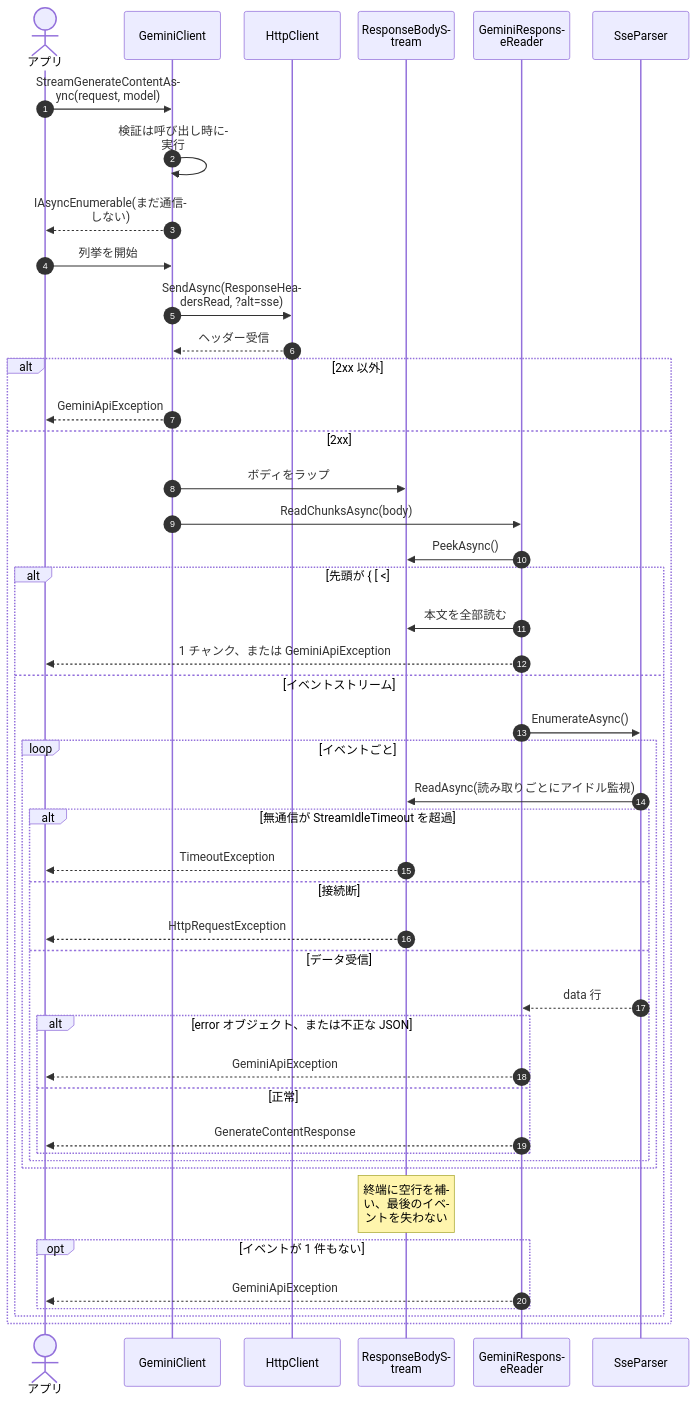
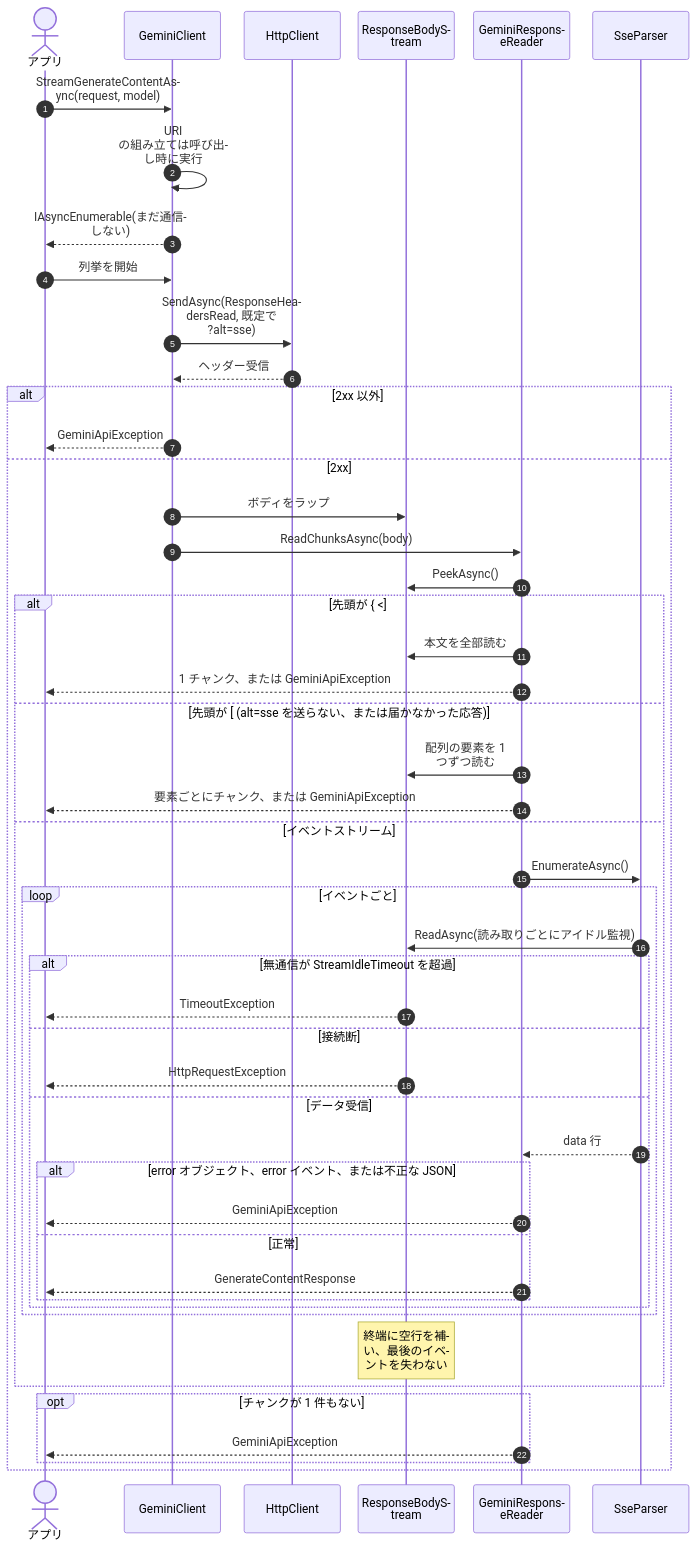
Before and after one commit to Osg-Junue/GeminiGatewayClient: the seventh of 15 diagrams in docs/ARCHITECTURE.md, drawn with Mermaid. The commit also changed other lines of this file and 73 other files, not shown here.

````diff
--- a/docs/ARCHITECTURE.md
+++ b/docs/ARCHITECTURE.md
@@ -401,50 +385,53 @@
 ```mermaid
 %%{init: {'sequence': {'wrap': true, 'actorMargin': 24, 'width': 130, 'messageMargin': 30}}}%%
 sequenceDiagram
     autonumber
     actor App as アプリ
     participant Client as GeminiClient
     participant Http as HttpClient
     participant Body as ResponseBodyStream
     participant Reader as GeminiResponseReader
     participant Sse as SseParser
 
     App->>Client: StreamGenerateContentAsync(request, model)
-    Client->>Client: 検証は呼び出し時に実行
+    Client->>Client: URI の組み立ては呼び出し時に実行
     Client-->>App: IAsyncEnumerable(まだ通信しない)
     App->>Client: 列挙を開始
-    Client->>Http: SendAsync(ResponseHeadersRead, ?alt=sse)
+    Client->>Http: SendAsync(ResponseHeadersRead, 既定で ?alt=sse)
     Http-->>Client: ヘッダー受信
     alt 2xx 以外
         Client-->>App: GeminiApiException
     else 2xx
         Client->>Body: ボディをラップ
         Client->>Reader: ReadChunksAsync(body)
         Reader->>Body: PeekAsync()
-        alt 先頭が { [ <
+        alt 先頭が { <
             Reader->>Body: 本文を全部読む
             Reader-->>App: 1 チャンク、または GeminiApiException
+        else 先頭が [ (alt=sse を送らない、または届かなかった応答)
+            Reader->>Body: 配列の要素を 1 つずつ読む
+            Reader-->>App: 要素ごとにチャンク、または GeminiApiException
         else イベントストリーム
             Reader->>Sse: EnumerateAsync()
             loop イベントごと
                 Sse->>Body: ReadAsync(読み取りごとにアイドル監視)
                 alt 無通信が StreamIdleTimeout を超過
                     Body-->>App: TimeoutException
                 else 接続断
                     Body-->>App: HttpRequestException
                 else データ受信
                     Sse-->>Reader: data 行
-                    alt error オブジェクト、または不正な JSON
+                    alt error オブジェクト、error イベント、または不正な JSON
                         Reader-->>App: GeminiApiException
                     else 正常
                         Reader-->>App: GenerateContentResponse
                     end
                 end
             end
             Note over Body: 終端に空行を補い、最後のイベントを失わない
-            opt イベントが 1 件もない
-                Reader-->>App: GeminiApiException
-            end
+        end
+        opt チャンクが 1 件もない
+            Reader-->>App: GeminiApiException
         end
     end
 ```
````
